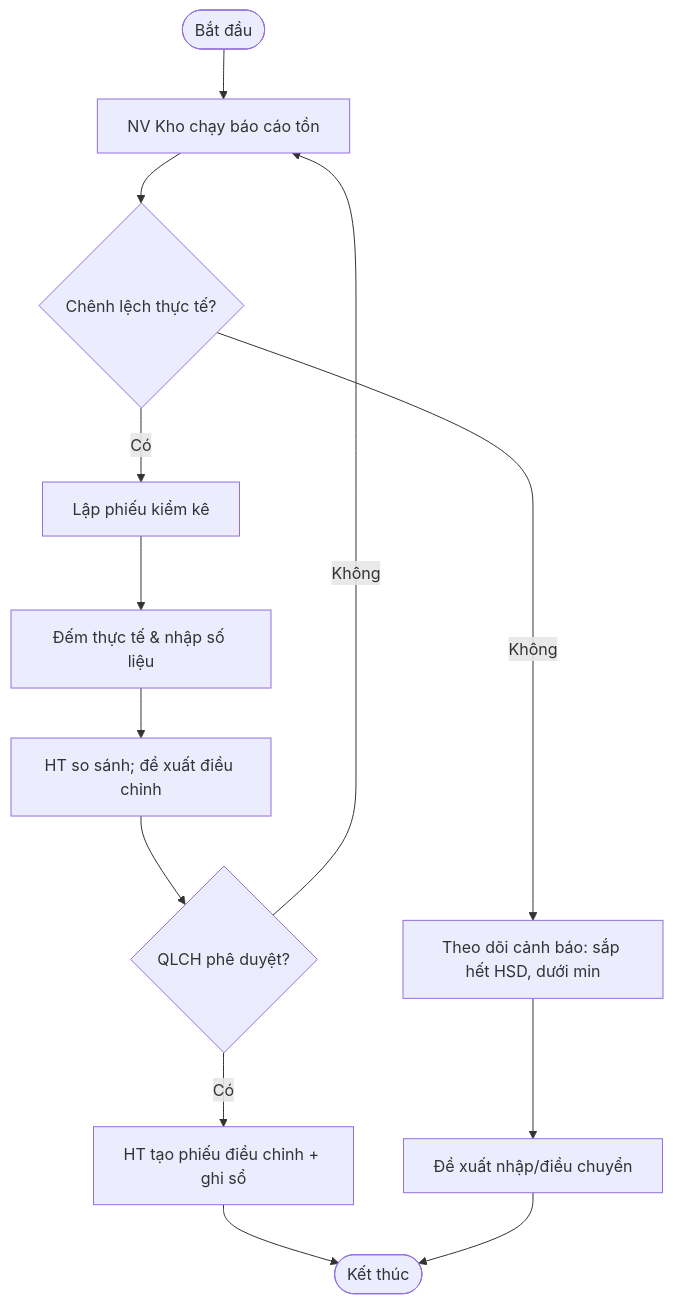
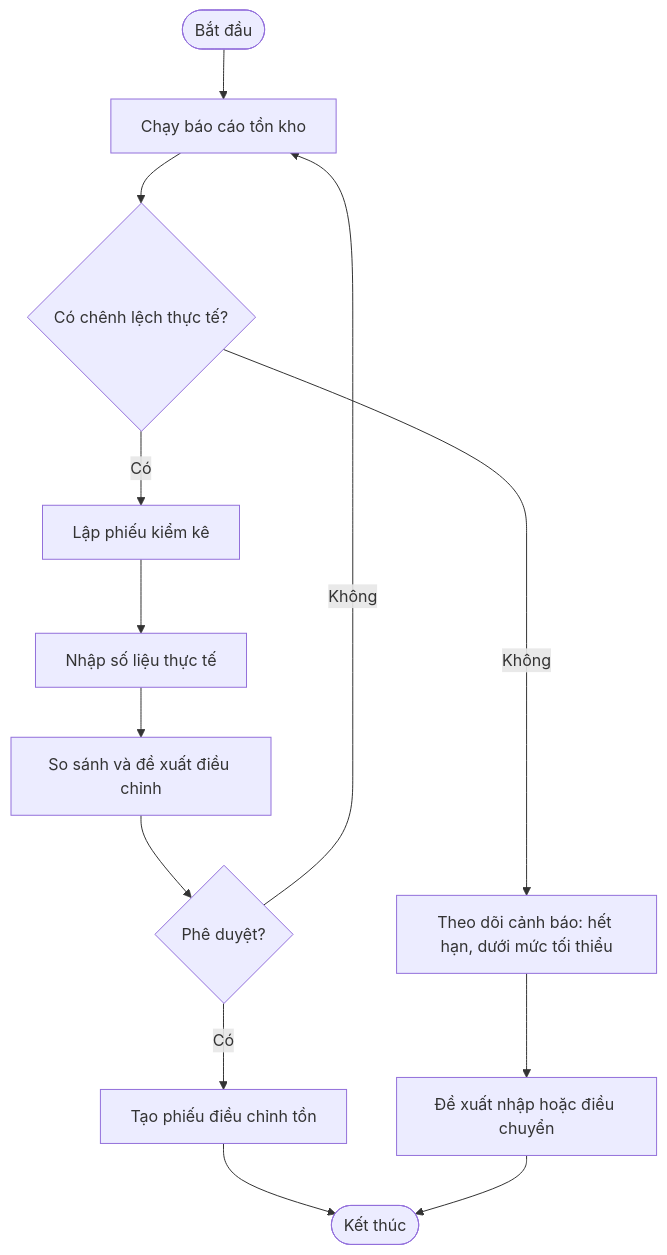
Before and after one commit to PhamThao05/Java_Example: the sixth of 12 diagrams in activity-diagrams-fashionland.md, drawn with Mermaid. The commit also changed other lines of this file, not shown here.

````diff
--- a/activity-diagrams-fashionland.md
+++ b/activity-diagrams-fashionland.md
@@ -122,15 +116,15 @@
 ```mermaid
 flowchart TD
-    A([Bắt đầu]) --> B[NV Kho chạy báo cáo tồn]
-    B --> C{Chênh lệch thực tế?}
+    A([Bắt đầu]) --> B[Chạy báo cáo tồn kho]
+    B --> C{Có chênh lệch thực tế?}
     C -- Có --> D[Lập phiếu kiểm kê]
-    D --> E[Đếm thực tế & nhập số liệu]
-    E --> F[HT so sánh; đề xuất điều chỉnh]
-    F --> G{QLCH phê duyệt?}
+    D --> E[Nhập số liệu thực tế]
+    E --> F[So sánh và đề xuất điều chỉnh]
+    F --> G{Phê duyệt?}
     G -- Không --> B
-    G -- Có --> H[HT tạo phiếu điều chỉnh + ghi sổ]
-    C -- Không --> I[Theo dõi cảnh báo: sắp hết HSD, dưới min]
-    I --> J[Đề xuất nhập/điều chuyển]
+    G -- Có --> H[Tạo phiếu điều chỉnh tồn]
+    C -- Không --> I[Theo dõi cảnh báo: hết hạn, dưới mức tối thiểu]
+    I --> J[Đề xuất nhập hoặc điều chuyển]
     H --> K([Kết thúc])
     J --> K
 ```
````
